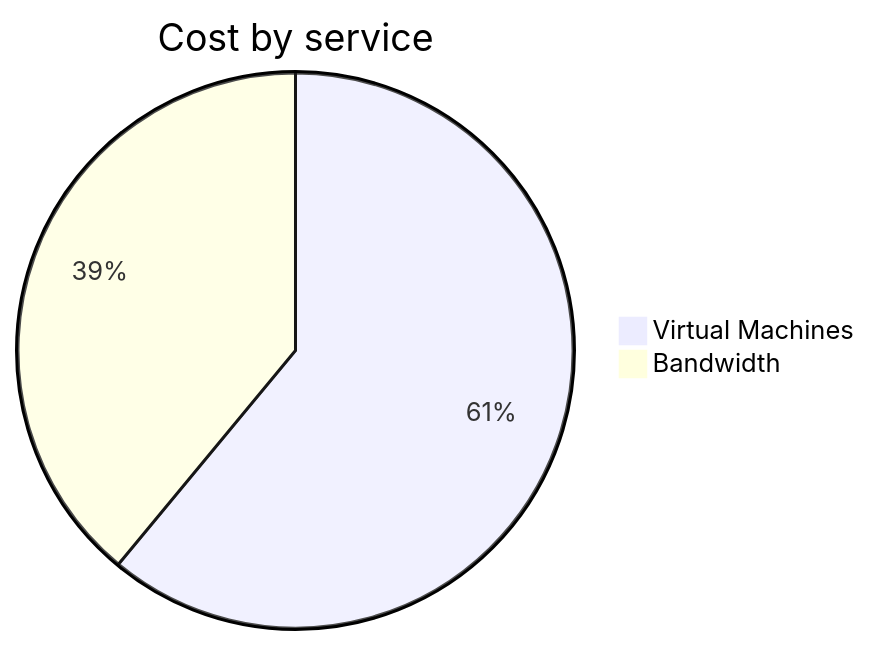
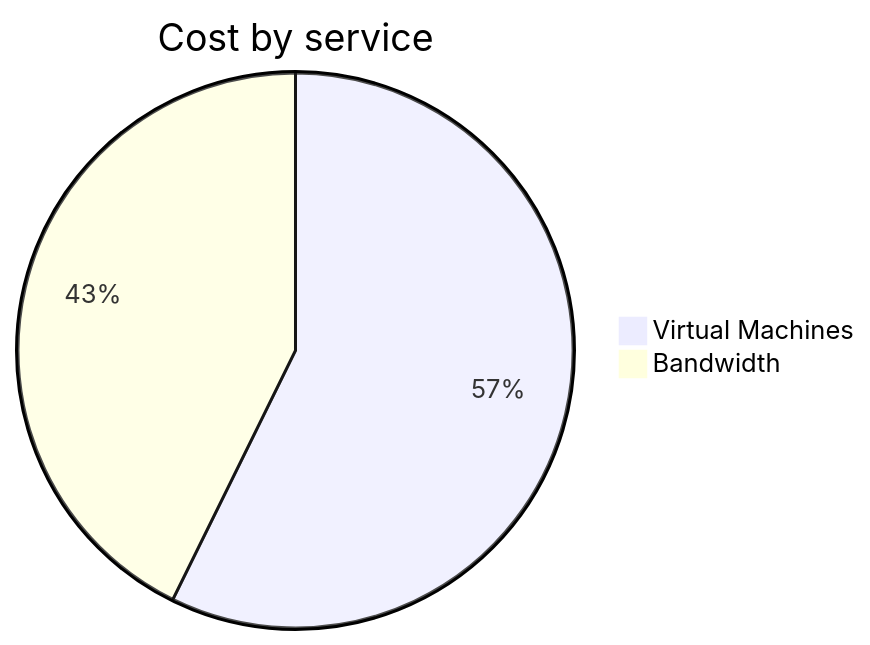
One commit to jpfulton/azure-personal-reports changed the second of 4 diagrams in cost-reports/personal-network/vpn-server.md. Above: the diagram before and after it, drawn with Mermaid. The commit also changed other lines of this file and 8 other files, not shown here.

````diff
--- a/cost-reports/personal-network/vpn-server.md
+++ b/cost-reports/personal-network/vpn-server.md
@@ -96,6 +96,6 @@
 ```mermaid
 pie
    title Cost by service
-   "Virtual Machines" : 5.54
-   "Bandwidth" : 3.54
+   "Virtual Machines" : 5.74
+   "Bandwidth" : 4.28
 ```
````
